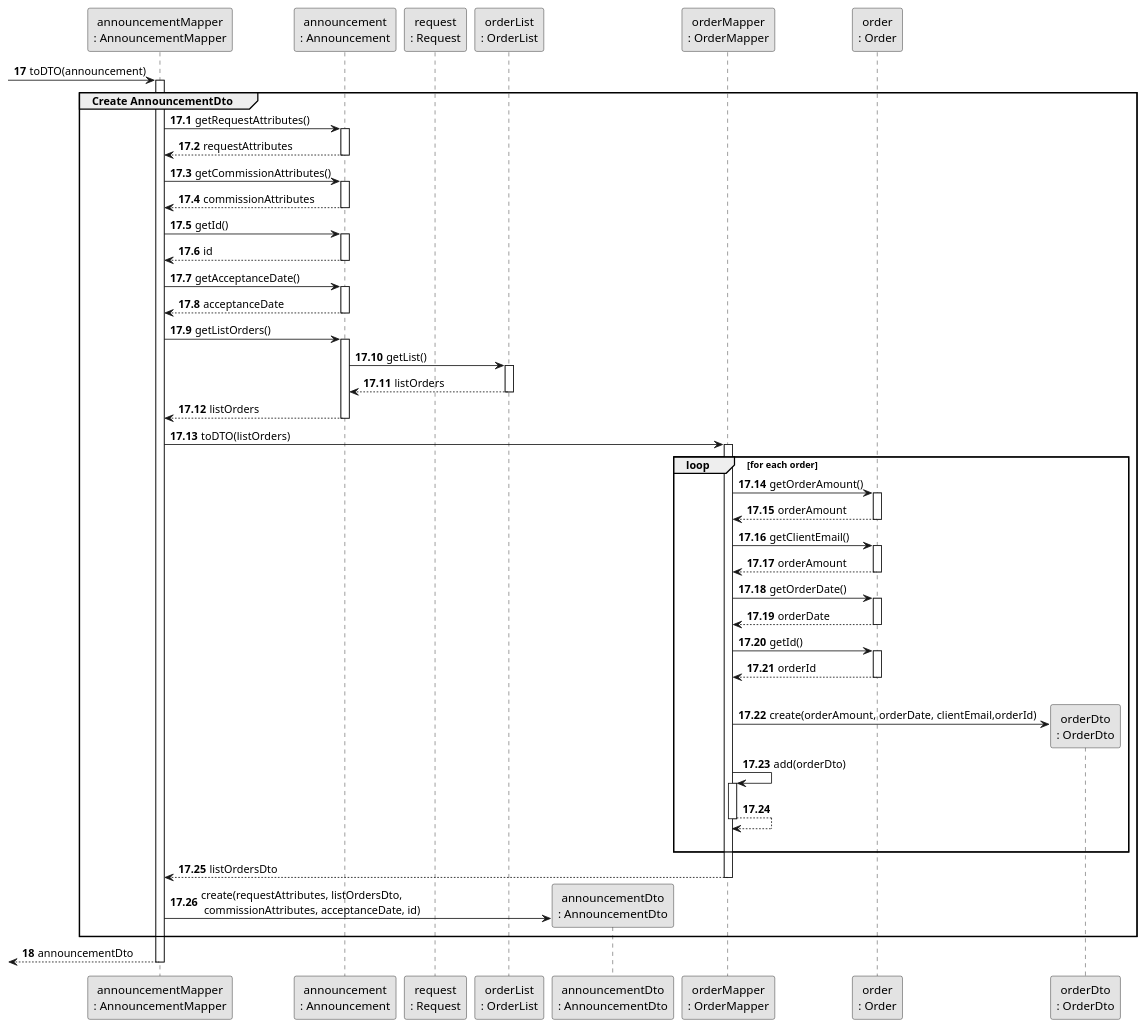
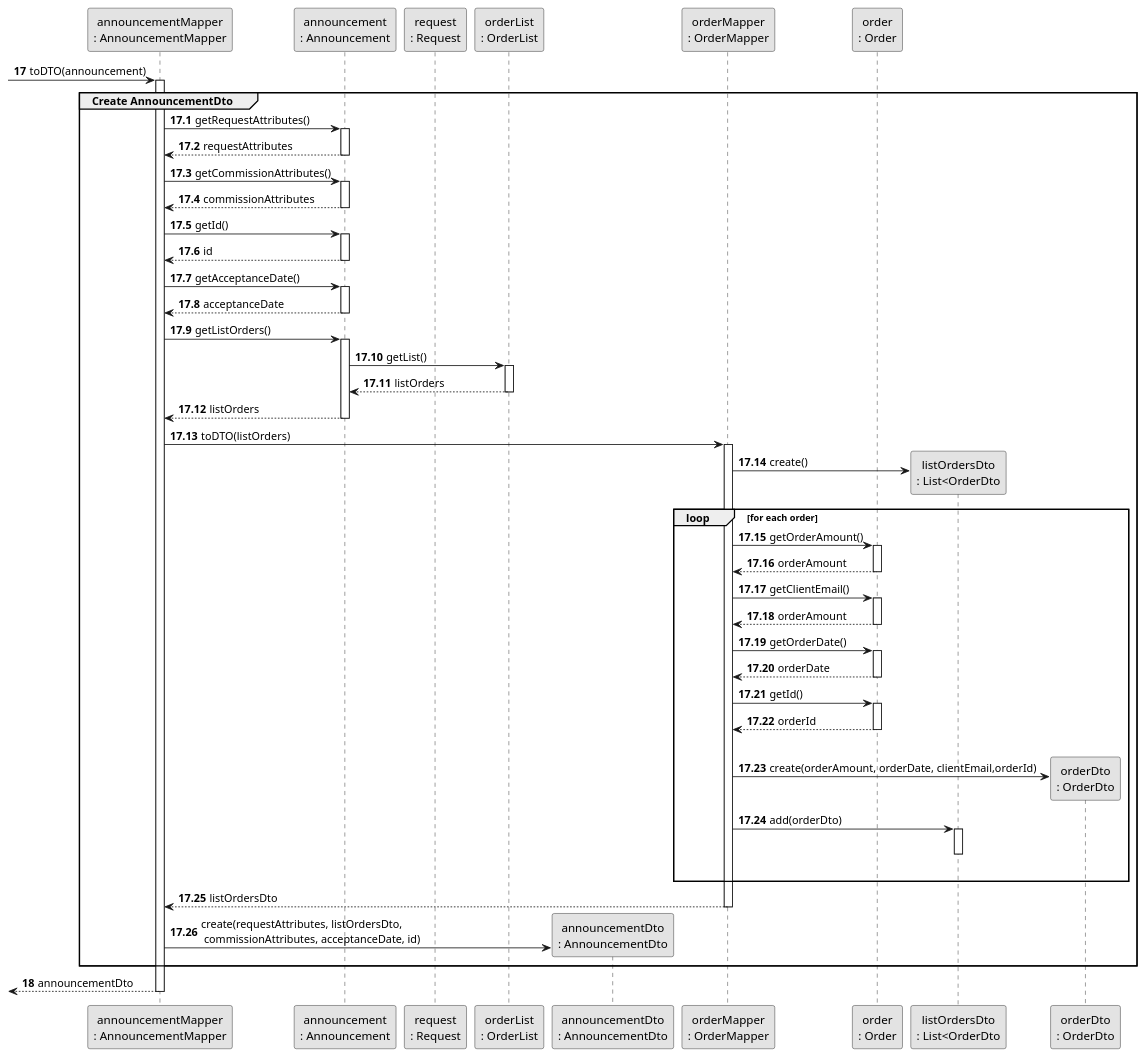
The diagram in docs/sprintC/us011/03.design/puml/us011-sequence-diagram-partial-create-announcementDto.puml (rita-barbosa/LAPR2-2223), drawn with PlantUML before and after one commit. The commit also changed 7 other files, not shown here.

Commit message:
Update sequence & class diagram: correcting add to list [US012][Design][#05 Task]

```diff
--- a/docs/sprintC/us011/03.design/puml/us011-sequence-diagram-partial-create-announcementDto.puml
+++ b/docs/sprintC/us011/03.design/puml/us011-sequence-diagram-partial-create-announcementDto.puml
@@ -1,98 +1,99 @@
 @startuml
 skinparam monochrome true
 skinparam packageStyle rectangle
 skinparam shadowing false
 
 
 
 participant "announcementMapper\n: AnnouncementMapper" as AnnMAPPER
 participant "announcement\n: Announcement" as Announce
 participant "request\n: Request" as Request
 participant "orderList\n: OrderList" as OrderList
 participant "announcementDto\n: AnnouncementDto" as AnnDTO
 participant "orderMapper\n: OrderMapper" as OrderMapper
 participant "order\n: Order" as Order
+participant "listOrdersDto\n: List<OrderDto" as OrderDTOList
 participant "orderDto\n: OrderDto" as OrderDTO
 
 
 autonumber 17
          -> AnnMAPPER : toDTO(announcement)
          activate AnnMAPPER
 autonumber 17.1
 group Create AnnouncementDto
 
          AnnMAPPER -> Announce: getRequestAttributes()
          activate Announce
          Announce --> AnnMAPPER : requestAttributes
          deactivate Announce
 
          AnnMAPPER -> Announce: getCommissionAttributes()
          activate Announce
          Announce --> AnnMAPPER : commissionAttributes
          deactivate Announce
 
          AnnMAPPER -> Announce : getId()
          activate Announce
          Announce --> AnnMAPPER : id
          deactivate Announce
 
          AnnMAPPER -> Announce: getAcceptanceDate()
          activate Announce
          Announce --> AnnMAPPER : acceptanceDate
          deactivate Announce
 
          AnnMAPPER -> Announce:  getListOrders()
          activate Announce
          Announce -> OrderList : getList()
          activate OrderList
 
          OrderList --> Announce : listOrders
          deactivate OrderList
          Announce --> AnnMAPPER : listOrders
          deactivate Announce
 
          AnnMAPPER -> OrderMapper : toDTO(listOrders)
          activate OrderMapper
 
+        OrderMapper -> OrderDTOList** : create()
                 loop for each order
                      OrderMapper -> Order : getOrderAmount()
                      activate Order
                      Order --> OrderMapper : orderAmount
                      deactivate Order
 
                      OrderMapper -> Order : getClientEmail()
                      activate Order
                      Order --> OrderMapper : orderAmount
                      deactivate Order
 
                      OrderMapper -> Order : getOrderDate()
                      activate Order
                      Order --> OrderMapper : orderDate
                      deactivate Order
 
                      OrderMapper -> Order : getId()
                      activate Order
                      Order--> OrderMapper: orderId
                      deactivate Order
                      |||
                      OrderMapper -> OrderDTO** : create(orderAmount, orderDate, clientEmail,orderId)
 
-                     OrderMapper -> OrderMapper : add(orderDto)
-                     activate OrderMapper
-                     OrderMapper --> OrderMapper
-                     deactivate OrderMapper
+                     OrderMapper -> OrderDTOList : add(orderDto)
+                     activate OrderDTOList
+                     deactivate OrderDTOList
                 |||
                 end loop
 
          OrderMapper --> AnnMAPPER: listOrdersDto
          deactivate OrderMapper
 
          AnnMAPPER -> AnnDTO**: create(requestAttributes, listOrdersDto,\n commissionAttributes, acceptanceDate, id)
          end group
 
 autonumber 18
 
      <-- AnnMAPPER : announcementDto
      deactivate AnnMAPPER
 
 @enduml
```
